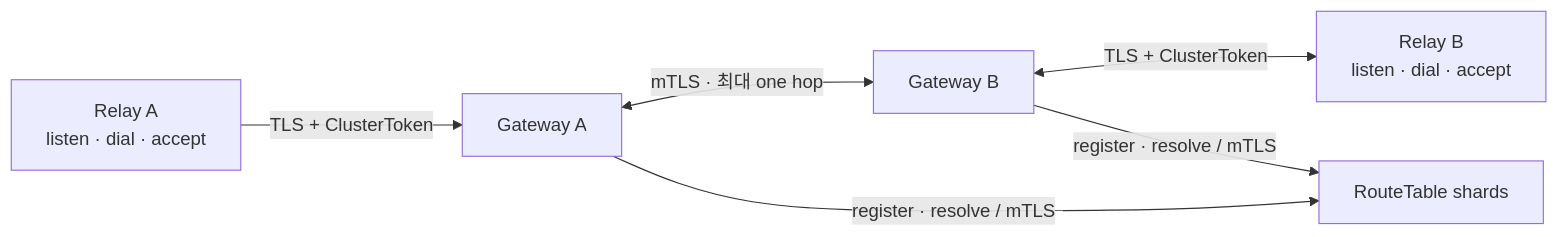
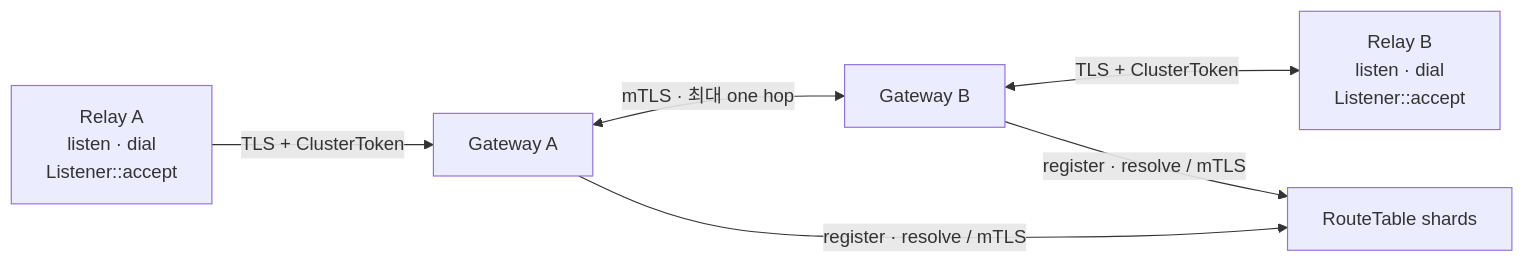
One commit to cagojeiger/relaygate changed the diagram in docs/README.md. Above: the diagram before and after it, drawn with Mermaid. The commit also changed 34 other files, not shown here.

````diff
--- a/docs/README.md
+++ b/docs/README.md
@@ -12,8 +12,8 @@
 ```mermaid
 flowchart LR
-    RA[Relay A<br/>listen · dial · accept] -->|TLS + ClusterToken| GWA[Gateway A]
+    RA[Relay A<br/>listen · dial<br/>Listener::accept] -->|TLS + ClusterToken| GWA[Gateway A]
     GWA <-->|mTLS · 최대 one hop| GWB[Gateway B]
-    GWB <-->|TLS + ClusterToken| RB[Relay B<br/>listen · dial · accept]
+    GWB <-->|TLS + ClusterToken| RB[Relay B<br/>listen · dial<br/>Listener::accept]
     GWA -->|register · resolve / mTLS| RT[RouteTable shards]
     GWB -->|register · resolve / mTLS| RT
 ```
````
